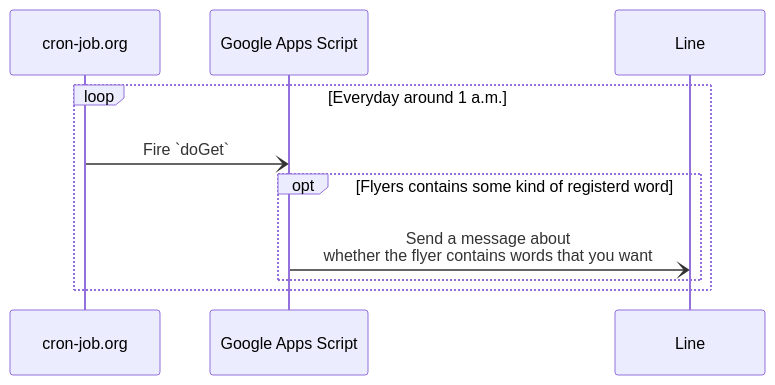
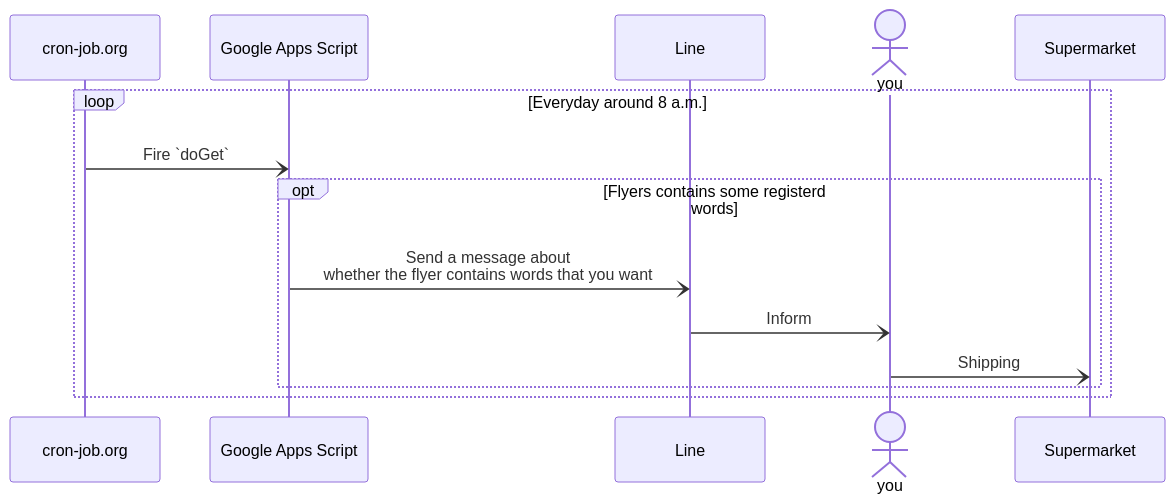
The diagram in README.md (nju33/tirashi-observer-bot), drawn with Mermaid before and after one commit. The commit also changed other lines of this file, not shown here.

````diff
--- a/README.md
+++ b/README.md
@@ -11,14 +11,19 @@
 ```mermaid
 sequenceDiagram
 
 participant Cron as cron-job.org
 participant GAS as Google Apps Script
+participant Line
+actor you
+participant S as Supermarket
 
-loop Everyday around 1 a.m.
+loop Everyday around 8 a.m.
     Cron -) GAS: Fire `doGet`
 
-    opt Flyers contains some kind of registerd word
+    opt Flyers contains some registerd words
         GAS -) Line: Send a message about<br />whether the flyer contains words that you want
+        Line -) you: Inform
+        you -) S: Shipping
     end
 end
 ```
````
